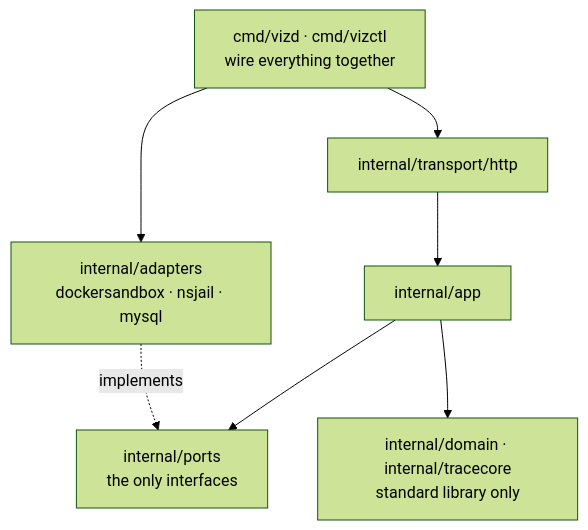
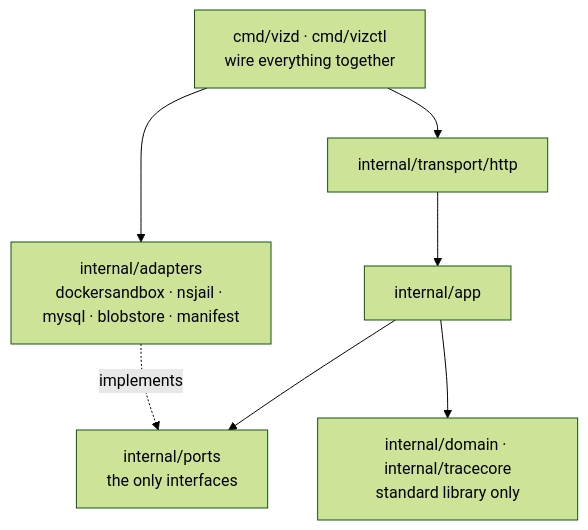
One commit to tu-hm/code-viz changed the first of 2 diagrams in docs/backend/architecture/overview.md. Above: the diagram before and after it, drawn with Mermaid (forest theme). The commit also changed other lines of this file and 3 other files, not shown here.

Commit message:
docs: describe the blobstore and manifest adapters

````diff
--- a/docs/backend/architecture/overview.md
+++ b/docs/backend/architecture/overview.md
@@ -15,14 +15,14 @@
 ```mermaid
 flowchart TB
   cmd["cmd/vizd · cmd/vizctl<br/>wire everything together"]
   transport["internal/transport/http"]
   app["internal/app"]
   ports["internal/ports<br/>the only interfaces"]
   pure["internal/domain · internal/tracecore<br/>standard library only"]
-  impl["internal/adapters<br/>dockersandbox · nsjail · mysql"]
+  impl["internal/adapters<br/>dockersandbox · nsjail · mysql · blobstore · manifest"]
   cmd --> transport --> app
   app --> ports
   app --> pure
   impl -. implements .-> ports
   cmd --> impl
 ```
````
